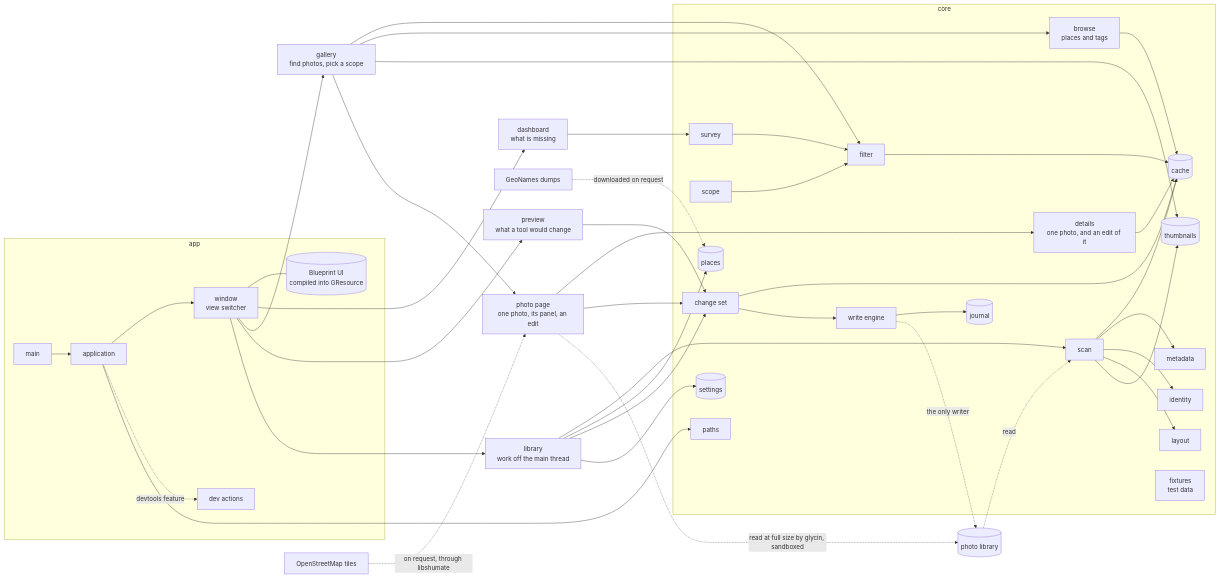
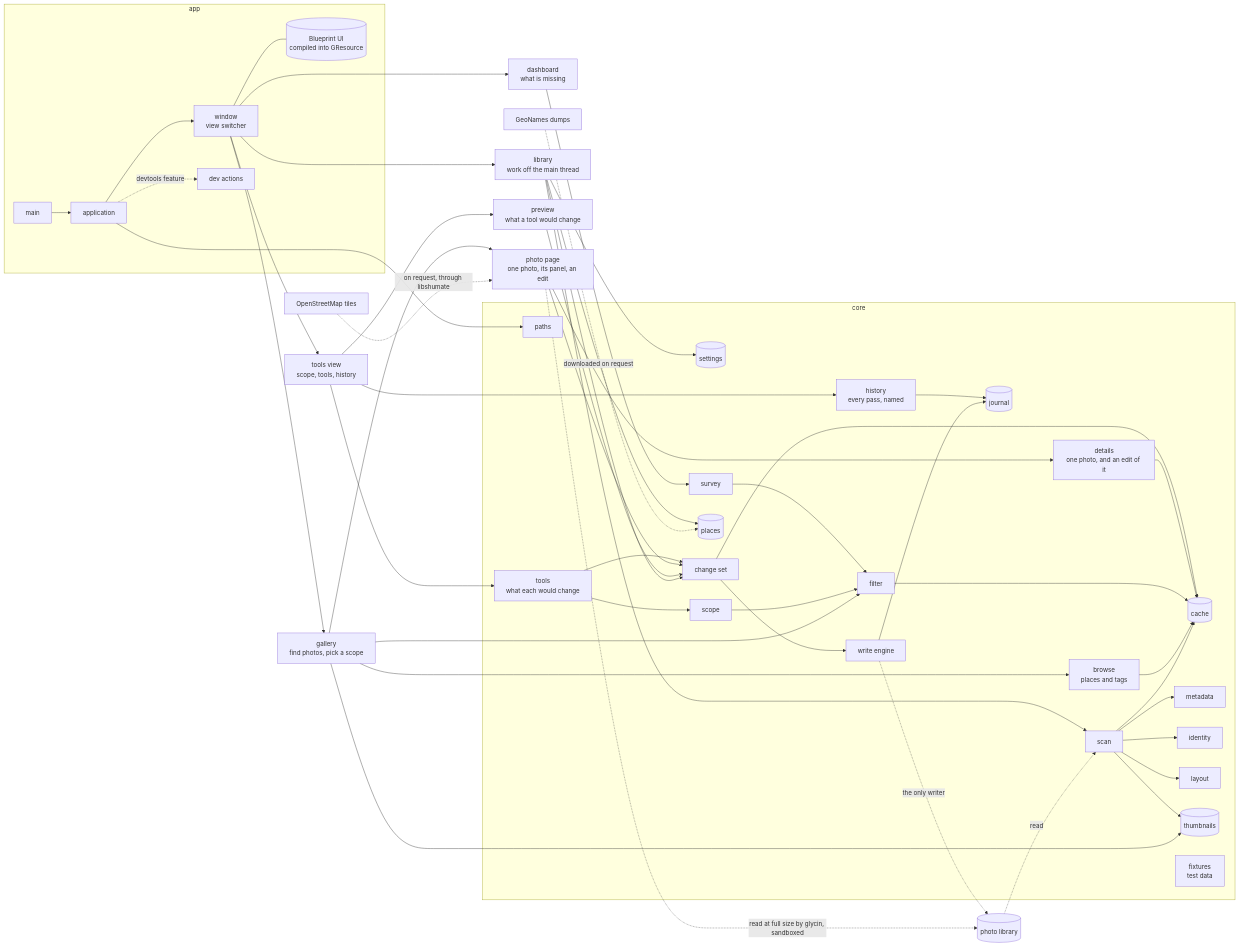
The diagram in docs/overview.md (xuedi/photoManager), drawn with Mermaid before and after one commit. The commit also changed other lines of this file and 5 other files, not shown here.

Commit message:
write down how the tools and the history work

````diff
--- a/docs/overview.md
+++ b/docs/overview.md
@@ -5,49 +5,55 @@
 ```mermaid
 flowchart LR
     subgraph app [app]
         main[main] --> application
         application --> window[window<br/>view switcher]
         application -. devtools feature .-> devtools[dev actions]
         window --- blueprint[(Blueprint UI<br/>compiled into GResource)]
     end
     subgraph core [core]
         paths
         settings[(settings)]
+        tools[tools<br/>what each would change] --> changeset
+        tools --> scope
+        history[history<br/>every pass, named] --> journal
         changeset[change set] --> cache
         details[details<br/>one photo, and an edit of it] --> cache
         survey --> filter --> cache
         browse[browse<br/>places and tags] --> cache
         scope --> filter
         changeset --> write
         scan --> cache[(cache)]
         scan --> metadata
         scan --> identity
         scan --> layout
         scan --> thumbs[(thumbnails)]
         geo[(places)]
         write[write engine] --> journal[(journal)]
         fixtures[fixtures<br/>test data]
     end
     application --> paths
     window --> dashboard[dashboard<br/>what is missing]
     dashboard --> survey
     window --> gallery[gallery<br/>find photos, pick a scope]
     gallery --> filter
     gallery --> browse
     gallery --> thumbs
     gallery --> photo[photo page<br/>one photo, its panel, an edit]
     photo --> details
     photo --> changeset
     photo -. read at full size by glycin, sandboxed .-> photos
-    window --> preview[preview<br/>what a tool would change]
+    window --> toolsview[tools view<br/>scope, tools, history]
+    toolsview --> tools
+    toolsview --> history
+    toolsview --> preview[preview<br/>what a tool would change]
     window --> library[library<br/>work off the main thread]
     preview --> changeset
     library --> scan
     library --> geo
     library --> changeset
     library --> settings
     photos[(photo library)] -. read .-> scan
     write -. the only writer .-> photos
     geonames[GeoNames dumps] -. downloaded on request .-> geo
     osm[OpenStreetMap tiles] -. on request, through libshumate .-> photo
 ```
````
